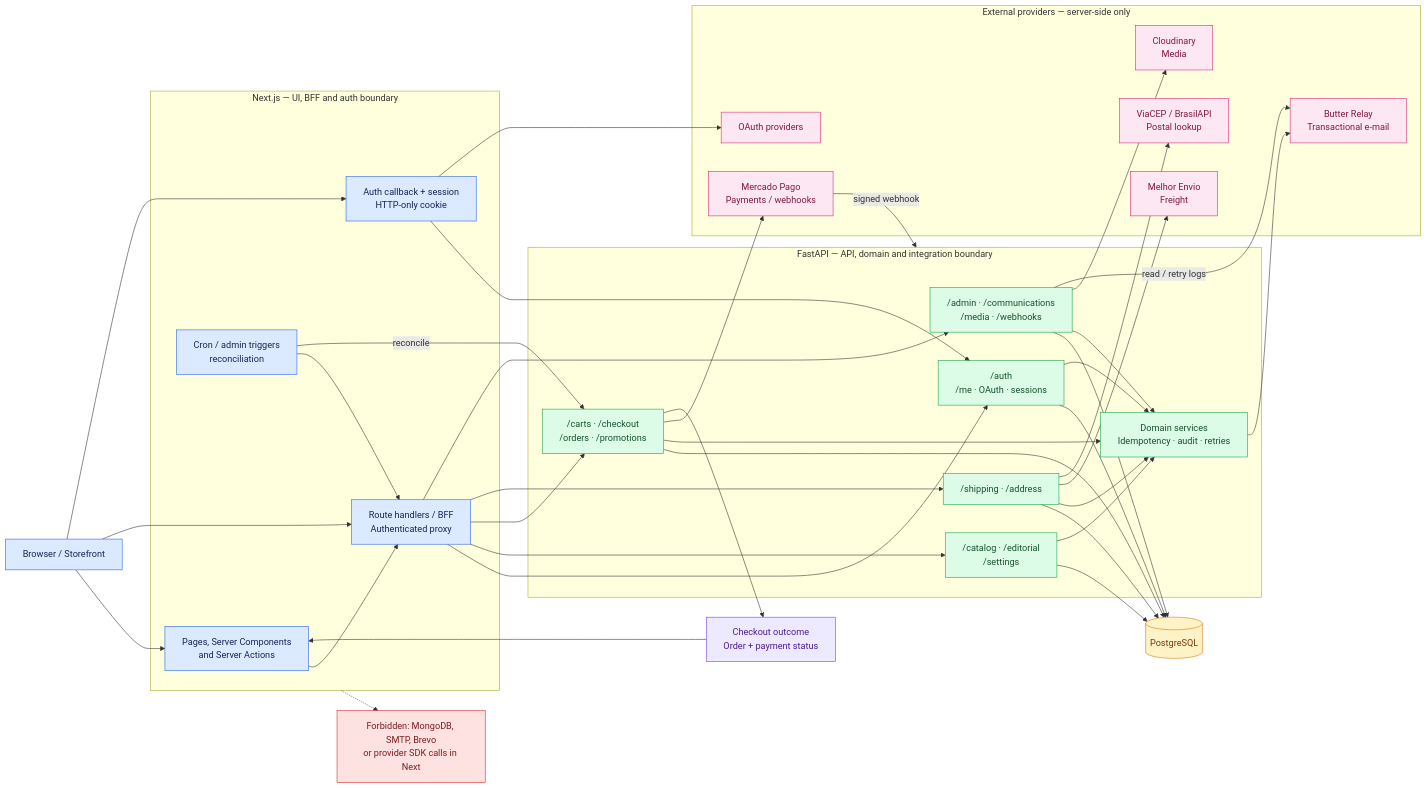
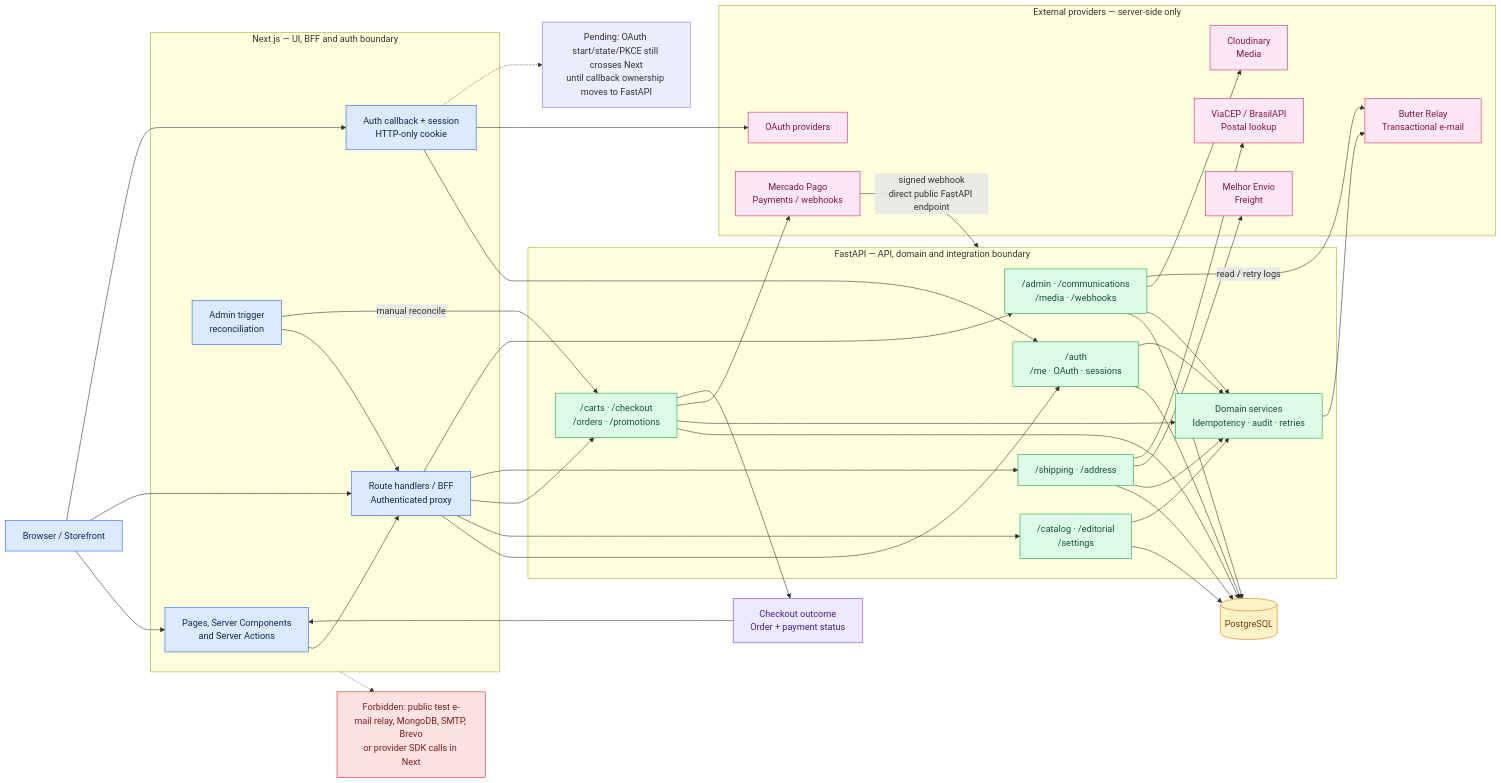
The diagram in docs/diagrams/next-fastapi-api-flows.mmd (acidevbutter/selolibertaria-store), drawn with Mermaid before and after one commit. The commit also changed 15 other files, not shown here.

Commit message:
hotfix/remove-nextjs-webhook-and-test-email-routes

```diff
--- a/docs/diagrams/next-fastapi-api-flows.mmd
+++ b/docs/diagrams/next-fastapi-api-flows.mmd
@@ -1,85 +1,87 @@
-%% Next.js is the UI/BFF and authentication boundary.
+%% Next.js is the UI/BFF boundary. FastAPI is the webhook and domain boundary.
 %% FastAPI owns business rules, persistence, integrations and webhooks.
 flowchart LR
     browser["Browser / Storefront"]
 
     subgraph next["Next.js — UI, BFF and auth boundary"]
         ui["Pages, Server Components<br/>and Server Actions"]
         api["Route handlers / BFF<br/>Authenticated proxy"]
         auth["Auth callback + session<br/>HTTP-only cookie"]
-        cron["Cron / admin triggers<br/>reconciliation"]
+        cron["Admin trigger<br/>reconciliation"]
     end
 
     subgraph fastapi["FastAPI — API, domain and integration boundary"]
         authapi["/auth<br/>/me · OAuth · sessions"]
         catalog["/catalog · /editorial<br/>/settings"]
         commerce["/carts · /checkout<br/>/orders · /promotions"]
         shipping["/shipping · /address"]
         admin["/admin · /communications<br/>/media · /webhooks"]
         workers["Domain services<br/>Idempotency · audit · retries"]
     end
 
     postgres[("PostgreSQL")]
 
     subgraph providers["External providers — server-side only"]
         mp["Mercado Pago<br/>Payments / webhooks"]
         relay["Butter Relay<br/>Transactional e-mail"]
         melhor["Melhor Envio<br/>Freight"]
         cloudinary["Cloudinary<br/>Media"]
         postal["ViaCEP / BrasilAPI<br/>Postal lookup"]
         oauth["OAuth providers"]
     end
 
     browser --> ui
     browser --> api
     browser --> auth
     ui --> api
     auth --> authapi
     auth --> oauth
     api --> authapi
     api --> catalog
     api --> commerce
     api --> shipping
     api --> admin
     cron --> api
 
     authapi --> postgres
     catalog --> postgres
     commerce --> postgres
     shipping --> postgres
     admin --> postgres
     authapi --> workers
     catalog --> workers
     commerce --> workers
     shipping --> workers
     admin --> workers
 
     commerce --> mp
-    mp -->|"signed webhook"| fastapi
-    cron -->|"reconcile"| commerce
+    mp -->|"signed webhook<br/>direct public FastAPI endpoint"| fastapi
+    cron -->|"manual reconcile"| commerce
     shipping --> melhor
     shipping --> postal
     admin --> cloudinary
     workers --> relay
     admin -->|"read / retry logs"| relay
 
     checkout["Checkout outcome<br/>Order + payment status"]
     commerce --> checkout
     checkout --> ui
 
-    forbidden["Forbidden: MongoDB, SMTP, Brevo<br/>or provider SDK calls in Next"]
+    pending["Pending: OAuth start/state/PKCE still crosses Next<br/>until callback ownership moves to FastAPI"]
+    forbidden["Forbidden: public test e-mail relay, MongoDB, SMTP, Brevo<br/>or provider SDK calls in Next"]
     next -.-> forbidden
+    auth -.-> pending
 
     classDef nextNode fill:#dbeafe,stroke:#2563eb,color:#172554
     classDef apiNode fill:#dcfce7,stroke:#16a34a,color:#14532d
     classDef dataNode fill:#fef3c7,stroke:#d97706,color:#78350f
     classDef providerNode fill:#fce7f3,stroke:#db2777,color:#831843
     classDef warningNode fill:#fee2e2,stroke:#dc2626,color:#7f1d1d
     classDef resultNode fill:#ede9fe,stroke:#7c3aed,color:#4c1d95
 
     class browser,ui,api,auth,cron nextNode
     class authapi,catalog,commerce,shipping,admin,workers apiNode
     class postgres dataNode
     class mp,relay,melhor,cloudinary,postal,oauth providerNode
     class forbidden warningNode
     class checkout resultNode
```
